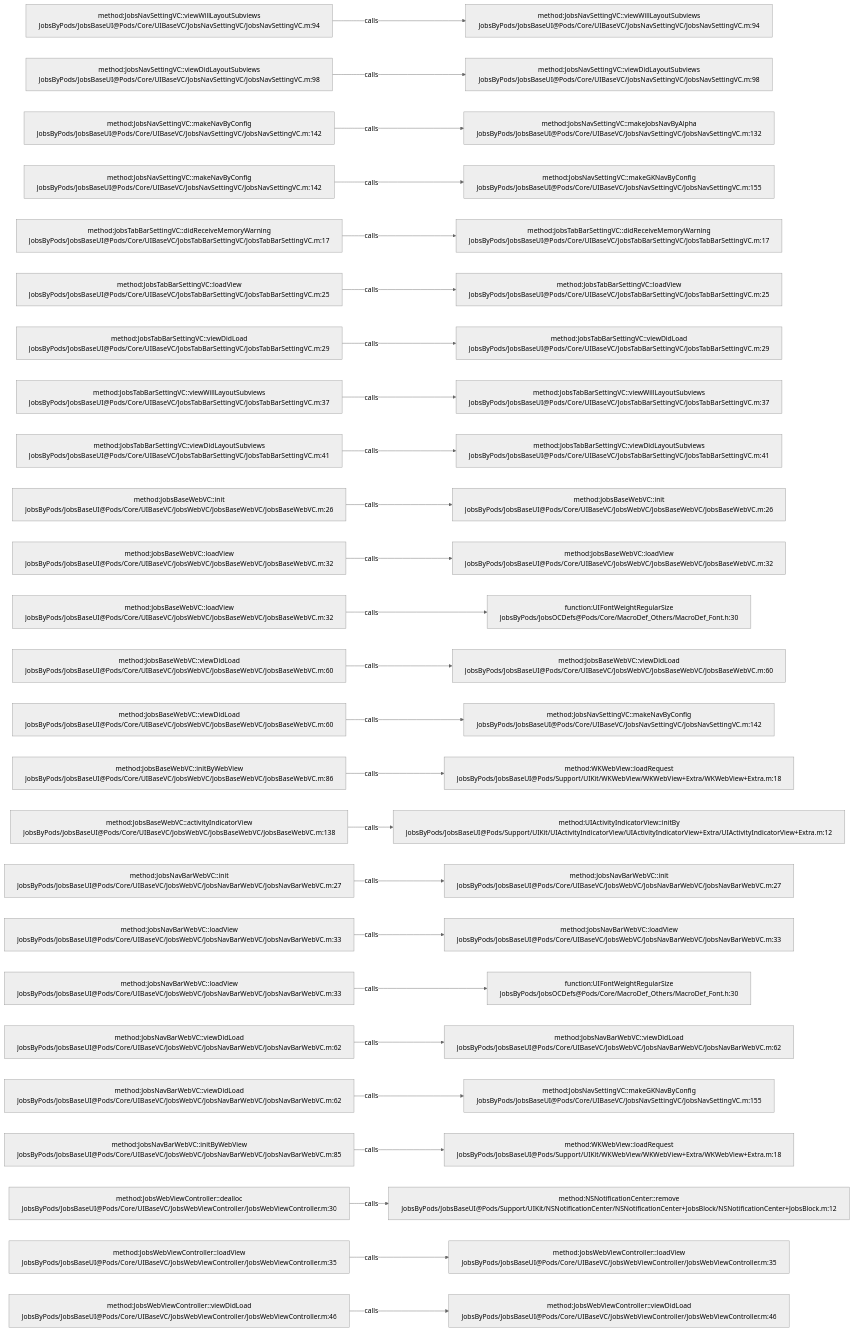
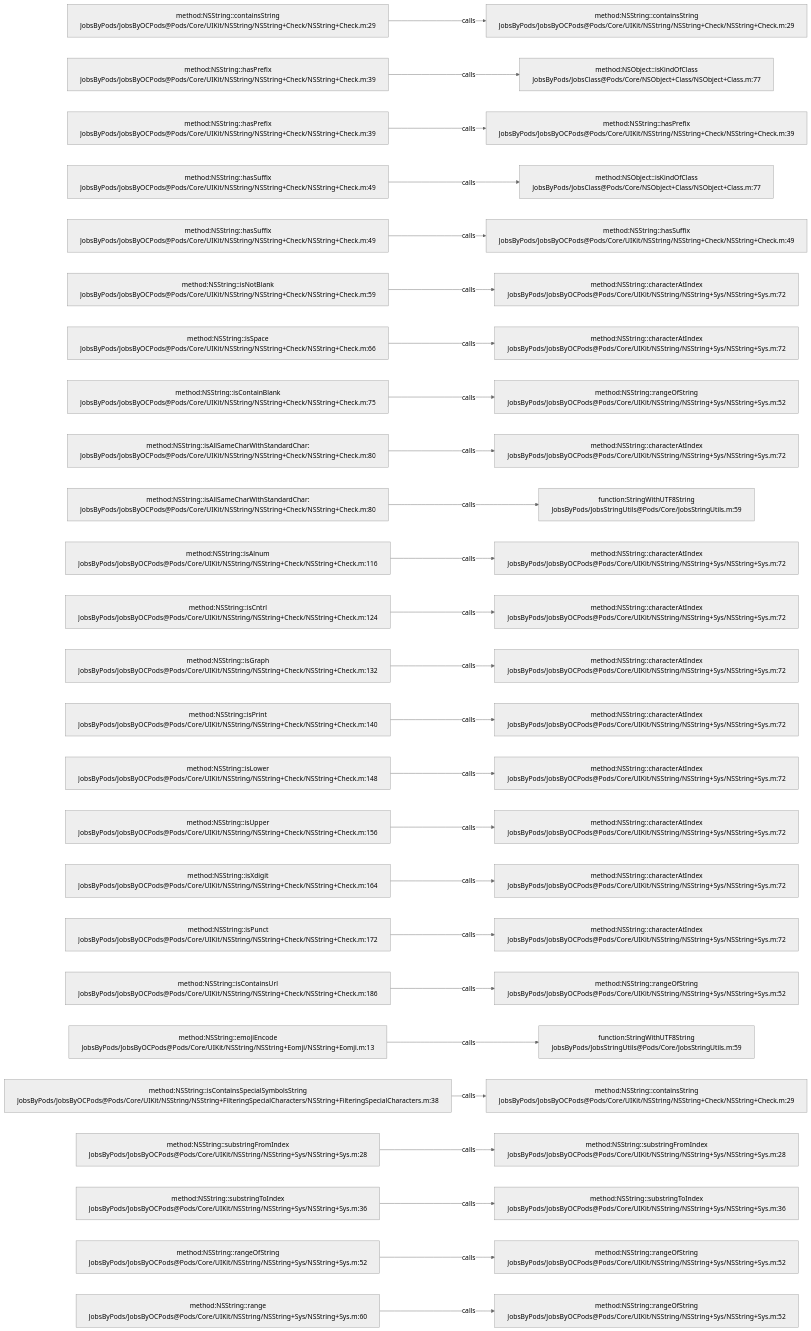
One commit to JobsKits/JobsOCBaseConfigDemo changed the diagram in .codegraph/codegraph.md/graphs/calls-033.md. Above: the diagram before and after it, drawn with Mermaid (neutral theme). The commit also changed 573 other files, not shown here.

````diff
--- a/.codegraph/codegraph.md/graphs/calls-033.md
+++ b/.codegraph/codegraph.md/graphs/calls-033.md
@@ -13,78 +13,78 @@
 ```mermaid
 flowchart LR
-  S1["method:JobsNavSettingVC::viewWillLayoutSubviews<br/>JobsByPods/JobsBaseUI@Pods/Core/UIBaseVC/JobsNavSettingVC/JobsNavSettingVC.m:94"]
-  T1["method:JobsNavSettingVC::viewWillLayoutSubviews<br/>JobsByPods/JobsBaseUI@Pods/Core/UIBaseVC/JobsNavSettingVC/JobsNavSettingVC.m:94"]
+  S1["method:NSString::containsString<br/>JobsByPods/JobsByOCPods@Pods/Core/UIKit/NSString/NSString+Check/NSString+Check.m:29"]
+  T1["method:NSString::containsString<br/>JobsByPods/JobsByOCPods@Pods/Core/UIKit/NSString/NSString+Check/NSString+Check.m:29"]
   S1 -->|calls| T1
-  S2["method:JobsNavSettingVC::viewDidLayoutSubviews<br/>JobsByPods/JobsBaseUI@Pods/Core/UIBaseVC/JobsNavSettingVC/JobsNavSettingVC.m:98"]
-  T2["method:JobsNavSettingVC::viewDidLayoutSubviews<br/>JobsByPods/JobsBaseUI@Pods/Core/UIBaseVC/JobsNavSettingVC/JobsNavSettingVC.m:98"]
+  S2["method:NSString::hasPrefix<br/>JobsByPods/JobsByOCPods@Pods/Core/UIKit/NSString/NSString+Check/NSString+Check.m:39"]
+  T2["method:NSObject::isKindOfClass<br/>JobsByPods/JobsClass@Pods/Core/NSObject+Class/NSObject+Class.m:77"]
   S2 -->|calls| T2
-  S3["method:JobsNavSettingVC::makeNavByConfig<br/>JobsByPods/JobsBaseUI@Pods/Core/UIBaseVC/JobsNavSettingVC/JobsNavSettingVC.m:142"]
-  T3["method:JobsNavSettingVC::makeJobsNavByAlpha<br/>JobsByPods/JobsBaseUI@Pods/Core/UIBaseVC/JobsNavSettingVC/JobsNavSettingVC.m:132"]
+  S3["method:NSString::hasPrefix<br/>JobsByPods/JobsByOCPods@Pods/Core/UIKit/NSString/NSString+Check/NSString+Check.m:39"]
+  T3["method:NSString::hasPrefix<br/>JobsByPods/JobsByOCPods@Pods/Core/UIKit/NSString/NSString+Check/NSString+Check.m:39"]
   S3 -->|calls| T3
-  S4["method:JobsNavSettingVC::makeNavByConfig<br/>JobsByPods/JobsBaseUI@Pods/Core/UIBaseVC/JobsNavSettingVC/JobsNavSettingVC.m:142"]
-  T4["method:JobsNavSettingVC::makeGKNavByConfig<br/>JobsByPods/JobsBaseUI@Pods/Core/UIBaseVC/JobsNavSettingVC/JobsNavSettingVC.m:155"]
+  S4["method:NSString::hasSuffix<br/>JobsByPods/JobsByOCPods@Pods/Core/UIKit/NSString/NSString+Check/NSString+Check.m:49"]
+  T4["method:NSObject::isKindOfClass<br/>JobsByPods/JobsClass@Pods/Core/NSObject+Class/NSObject+Class.m:77"]
   S4 -->|calls| T4
-  S5["method:JobsTabBarSettingVC::didReceiveMemoryWarning<br/>JobsByPods/JobsBaseUI@Pods/Core/UIBaseVC/JobsTabBarSettingVC/JobsTabBarSettingVC.m:17"]
-  T5["method:JobsTabBarSettingVC::didReceiveMemoryWarning<br/>JobsByPods/JobsBaseUI@Pods/Core/UIBaseVC/JobsTabBarSettingVC/JobsTabBarSettingVC.m:17"]
+  S5["method:NSString::hasSuffix<br/>JobsByPods/JobsByOCPods@Pods/Core/UIKit/NSString/NSString+Check/NSString+Check.m:49"]
+  T5["method:NSString::hasSuffix<br/>JobsByPods/JobsByOCPods@Pods/Core/UIKit/NSString/NSString+Check/NSString+Check.m:49"]
   S5 -->|calls| T5
-  S6["method:JobsTabBarSettingVC::loadView<br/>JobsByPods/JobsBaseUI@Pods/Core/UIBaseVC/JobsTabBarSettingVC/JobsTabBarSettingVC.m:25"]
-  T6["method:JobsTabBarSettingVC::loadView<br/>JobsByPods/JobsBaseUI@Pods/Core/UIBaseVC/JobsTabBarSettingVC/JobsTabBarSettingVC.m:25"]
+  S6["method:NSString::isNotBlank<br/>JobsByPods/JobsByOCPods@Pods/Core/UIKit/NSString/NSString+Check/NSString+Check.m:59"]
+  T6["method:NSString::characterAtIndex<br/>JobsByPods/JobsByOCPods@Pods/Core/UIKit/NSString/NSString+Sys/NSString+Sys.m:72"]
   S6 -->|calls| T6
-  S7["method:JobsTabBarSettingVC::viewDidLoad<br/>JobsByPods/JobsBaseUI@Pods/Core/UIBaseVC/JobsTabBarSettingVC/JobsTabBarSettingVC.m:29"]
-  T7["method:JobsTabBarSettingVC::viewDidLoad<br/>JobsByPods/JobsBaseUI@Pods/Core/UIBaseVC/JobsTabBarSettingVC/JobsTabBarSettingVC.m:29"]
+  S7["method:NSString::isSpace<br/>JobsByPods/JobsByOCPods@Pods/Core/UIKit/NSString/NSString+Check/NSString+Check.m:66"]
+  T7["method:NSString::characterAtIndex<br/>JobsByPods/JobsByOCPods@Pods/Core/UIKit/NSString/NSString+Sys/NSString+Sys.m:72"]
   S7 -->|calls| T7
-  S8["method:JobsTabBarSettingVC::viewWillLayoutSubviews<br/>JobsByPods/JobsBaseUI@Pods/Core/UIBaseVC/JobsTabBarSettingVC/JobsTabBarSettingVC.m:37"]
-  T8["method:JobsTabBarSettingVC::viewWillLayoutSubviews<br/>JobsByPods/JobsBaseUI@Pods/Core/UIBaseVC/JobsTabBarSettingVC/JobsTabBarSettingVC.m:37"]
+  S8["method:NSString::isContainBlank<br/>JobsByPods/JobsByOCPods@Pods/Core/UIKit/NSString/NSString+Check/NSString+Check.m:75"]
+  T8["method:NSString::rangeOfString<br/>JobsByPods/JobsByOCPods@Pods/Core/UIKit/NSString/NSString+Sys/NSString+Sys.m:52"]
   S8 -->|calls| T8
-  S9["method:JobsTabBarSettingVC::viewDidLayoutSubviews<br/>JobsByPods/JobsBaseUI@Pods/Core/UIBaseVC/JobsTabBarSettingVC/JobsTabBarSettingVC.m:41"]
-  T9["method:JobsTabBarSettingVC::viewDidLayoutSubviews<br/>JobsByPods/JobsBaseUI@Pods/Core/UIBaseVC/JobsTabBarSettingVC/JobsTabBarSettingVC.m:41"]
+  S9["method:NSString::isAllSameCharWithStandardChar:<br/>JobsByPods/JobsByOCPods@Pods/Core/UIKit/NSString/NSString+Check/NSString+Check.m:80"]
+  T9["method:NSString::characterAtIndex<br/>JobsByPods/JobsByOCPods@Pods/Core/UIKit/NSString/NSString+Sys/NSString+Sys.m:72"]
   S9 -->|calls| T9
-  S10["method:JobsBaseWebVC::init<br/>JobsByPods/JobsBaseUI@Pods/Core/UIBaseVC/JobsWebVC/JobsBaseWebVC/JobsBaseWebVC.m:26"]
-  T10["method:JobsBaseWebVC::init<br/>JobsByPods/JobsBaseUI@Pods/Core/UIBaseVC/JobsWebVC/JobsBaseWebVC/JobsBaseWebVC.m:26"]
+  S10["method:NSString::isAllSameCharWithStandardChar:<br/>JobsByPods/JobsByOCPods@Pods/Core/UIKit/NSString/NSString+Check/NSString+Check.m:80"]
+  T10["function:StringWithUTF8String<br/>JobsByPods/JobsStringUtils@Pods/Core/JobsStringUtils.m:59"]
   S10 -->|calls| T10
-  S11["method:JobsBaseWebVC::loadView<br/>JobsByPods/JobsBaseUI@Pods/Core/UIBaseVC/JobsWebVC/JobsBaseWebVC/JobsBaseWebVC.m:32"]
-  T11["method:JobsBaseWebVC::loadView<br/>JobsByPods/JobsBaseUI@Pods/Core/UIBaseVC/JobsWebVC/JobsBaseWebVC/JobsBaseWebVC.m:32"]
+  S11["method:NSString::isAlnum<br/>JobsByPods/JobsByOCPods@Pods/Core/UIKit/NSString/NSString+Check/NSString+Check.m:116"]
+  T11["method:NSString::characterAtIndex<br/>JobsByPods/JobsByOCPods@Pods/Core/UIKit/NSString/NSString+Sys/NSString+Sys.m:72"]
   S11 -->|calls| T11
-  S12["method:JobsBaseWebVC::loadView<br/>JobsByPods/JobsBaseUI@Pods/Core/UIBaseVC/JobsWebVC/JobsBaseWebVC/JobsBaseWebVC.m:32"]
-  T12["function:UIFontWeightRegularSize<br/>JobsByPods/JobsOCDefs@Pods/Core/MacroDef_Others/MacroDef_Font.h:30"]
+  S12["method:NSString::isCntrl<br/>JobsByPods/JobsByOCPods@Pods/Core/UIKit/NSString/NSString+Check/NSString+Check.m:124"]
+  T12["method:NSString::characterAtIndex<br/>JobsByPods/JobsByOCPods@Pods/Core/UIKit/NSString/NSString+Sys/NSString+Sys.m:72"]
   S12 -->|calls| T12
-  S13["method:JobsBaseWebVC::viewDidLoad<br/>JobsByPods/JobsBaseUI@Pods/Core/UIBaseVC/JobsWebVC/JobsBaseWebVC/JobsBaseWebVC.m:60"]
-  T13["method:JobsBaseWebVC::viewDidLoad<br/>JobsByPods/JobsBaseUI@Pods/Core/UIBaseVC/JobsWebVC/JobsBaseWebVC/JobsBaseWebVC.m:60"]
+  S13["method:NSString::isGraph<br/>JobsByPods/JobsByOCPods@Pods/Core/UIKit/NSString/NSString+Check/NSString+Check.m:132"]
+  T13["method:NSString::characterAtIndex<br/>JobsByPods/JobsByOCPods@Pods/Core/UIKit/NSString/NSString+Sys/NSString+Sys.m:72"]
   S13 -->|calls| T13
-  S14["method:JobsBaseWebVC::viewDidLoad<br/>JobsByPods/JobsBaseUI@Pods/Core/UIBaseVC/JobsWebVC/JobsBaseWebVC/JobsBaseWebVC.m:60"]
-  T14["method:JobsNavSettingVC::makeNavByConfig<br/>JobsByPods/JobsBaseUI@Pods/Core/UIBaseVC/JobsNavSettingVC/JobsNavSettingVC.m:142"]
+  S14["method:NSString::isPrint<br/>JobsByPods/JobsByOCPods@Pods/Core/UIKit/NSString/NSString+Check/NSString+Check.m:140"]
+  T14["method:NSString::characterAtIndex<br/>JobsByPods/JobsByOCPods@Pods/Core/UIKit/NSString/NSString+Sys/NSString+Sys.m:72"]
   S14 -->|calls| T14
-  S15["method:JobsBaseWebVC::initByWebView<br/>JobsByPods/JobsBaseUI@Pods/Core/UIBaseVC/JobsWebVC/JobsBaseWebVC/JobsBaseWebVC.m:86"]
-  T15["method:WKWebView::loadRequest<br/>JobsByPods/JobsBaseUI@Pods/Support/UIKit/WKWebView/WKWebView+Extra/WKWebView+Extra.m:18"]
+  S15["method:NSString::isLower<br/>JobsByPods/JobsByOCPods@Pods/Core/UIKit/NSString/NSString+Check/NSString+Check.m:148"]
+  T15["method:NSString::characterAtIndex<br/>JobsByPods/JobsByOCPods@Pods/Core/UIKit/NSString/NSString+Sys/NSString+Sys.m:72"]
   S15 -->|calls| T15
-  S16["method:JobsBaseWebVC::activityIndicatorView<br/>JobsByPods/JobsBaseUI@Pods/Core/UIBaseVC/JobsWebVC/JobsBaseWebVC/JobsBaseWebVC.m:138"]
-  T16["method:UIActivityIndicatorView::initBy<br/>JobsByPods/JobsBaseUI@Pods/Support/UIKit/UIActivityIndicatorView/UIActivityIndicatorView+Extra/UIActivityIndicatorView+Extra.m:12"]
+  S16["method:NSString::isUpper<br/>JobsByPods/JobsByOCPods@Pods/Core/UIKit/NSString/NSString+Check/NSString+Check.m:156"]
+  T16["method:NSString::characterAtIndex<br/>JobsByPods/JobsByOCPods@Pods/Core/UIKit/NSString/NSString+Sys/NSString+Sys.m:72"]
   S16 -->|calls| T16
-  S17["method:JobsNavBarWebVC::init<br/>JobsByPods/JobsBaseUI@Pods/Core/UIBaseVC/JobsWebVC/JobsNavBarWebVC/JobsNavBarWebVC.m:27"]
-  T17["method:JobsNavBarWebVC::init<br/>JobsByPods/JobsBaseUI@Pods/Core/UIBaseVC/JobsWebVC/JobsNavBarWebVC/JobsNavBarWebVC.m:27"]
+  S17["method:NSString::isXdigit<br/>JobsByPods/JobsByOCPods@Pods/Core/UIKit/NSString/NSString+Check/NSString+Check.m:164"]
+  T17["method:NSString::characterAtIndex<br/>JobsByPods/JobsByOCPods@Pods/Core/UIKit/NSString/NSString+Sys/NSString+Sys.m:72"]
   S17 -->|calls| T17
-  S18["method:JobsNavBarWebVC::loadView<br/>JobsByPods/JobsBaseUI@Pods/Core/UIBaseVC/JobsWebVC/JobsNavBarWebVC/JobsNavBarWebVC.m:33"]
-  T18["method:JobsNavBarWebVC::loadView<br/>JobsByPods/JobsBaseUI@Pods/Core/UIBaseVC/JobsWebVC/JobsNavBarWebVC/JobsNavBarWebVC.m:33"]
+  S18["method:NSString::isPunct<br/>JobsByPods/JobsByOCPods@Pods/Core/UIKit/NSString/NSString+Check/NSString+Check.m:172"]
+  T18["method:NSString::characterAtIndex<br/>JobsByPods/JobsByOCPods@Pods/Core/UIKit/NSString/NSString+Sys/NSString+Sys.m:72"]
   S18 -->|calls| T18
-  S19["method:JobsNavBarWebVC::loadView<br/>JobsByPods/JobsBaseUI@Pods/Core/UIBaseVC/JobsWebVC/JobsNavBarWebVC/JobsNavBarWebVC.m:33"]
-  T19["function:UIFontWeightRegularSize<br/>JobsByPods/JobsOCDefs@Pods/Core/MacroDef_Others/MacroDef_Font.h:30"]
+  S19["method:NSString::isContainsUrl<br/>JobsByPods/JobsByOCPods@Pods/Core/UIKit/NSString/NSString+Check/NSString+Check.m:186"]
+  T19["method:NSString::rangeOfString<br/>JobsByPods/JobsByOCPods@Pods/Core/UIKit/NSString/NSString+Sys/NSString+Sys.m:52"]
   S19 -->|calls| T19
-  S20["method:JobsNavBarWebVC::viewDidLoad<br/>JobsByPods/JobsBaseUI@Pods/Core/UIBaseVC/JobsWebVC/JobsNavBarWebVC/JobsNavBarWebVC.m:62"]
-  T20["method:JobsNavBarWebVC::viewDidLoad<br/>JobsByPods/JobsBaseUI@Pods/Core/UIBaseVC/JobsWebVC/JobsNavBarWebVC/JobsNavBarWebVC.m:62"]
+  S20["method:NSString::emojiEncode<br/>JobsByPods/JobsByOCPods@Pods/Core/UIKit/NSString/NSString+Eomji/NSString+Eomji.m:13"]
+  T20["function:StringWithUTF8String<br/>JobsByPods/JobsStringUtils@Pods/Core/JobsStringUtils.m:59"]
   S20 -->|calls| T20
-  S21["method:JobsNavBarWebVC::viewDidLoad<br/>JobsByPods/JobsBaseUI@Pods/Core/UIBaseVC/JobsWebVC/JobsNavBarWebVC/JobsNavBarWebVC.m:62"]
-  T21["method:JobsNavSettingVC::makeGKNavByConfig<br/>JobsByPods/JobsBaseUI@Pods/Core/UIBaseVC/JobsNavSettingVC/JobsNavSettingVC.m:155"]
+  S21["method:NSString::isContainsSpecialSymbolsString<br/>JobsByPods/JobsByOCPods@Pods/Core/UIKit/NSString/NSString+FilteringSpecialCharacters/NSString+FilteringSpecialCharacters.m:38"]
+  T21["method:NSString::containsString<br/>JobsByPods/JobsByOCPods@Pods/Core/UIKit/NSString/NSString+Check/NSString+Check.m:29"]
   S21 -->|calls| T21
-  S22["method:JobsNavBarWebVC::initByWebView<br/>JobsByPods/JobsBaseUI@Pods/Core/UIBaseVC/JobsWebVC/JobsNavBarWebVC/JobsNavBarWebVC.m:85"]
-  T22["method:WKWebView::loadRequest<br/>JobsByPods/JobsBaseUI@Pods/Support/UIKit/WKWebView/WKWebView+Extra/WKWebView+Extra.m:18"]
+  S22["method:NSString::substringFromIndex<br/>JobsByPods/JobsByOCPods@Pods/Core/UIKit/NSString/NSString+Sys/NSString+Sys.m:28"]
+  T22["method:NSString::substringFromIndex<br/>JobsByPods/JobsByOCPods@Pods/Core/UIKit/NSString/NSString+Sys/NSString+Sys.m:28"]
   S22 -->|calls| T22
-  S23["method:JobsWebViewController::dealloc<br/>JobsByPods/JobsBaseUI@Pods/Core/UIBaseVC/JobsWebViewController/JobsWebViewController.m:30"]
-  T23["method:NSNotificationCenter::remove<br/>JobsByPods/JobsBaseUI@Pods/Support/UIKit/NSNotificationCenter/NSNotificationCenter+JobsBlock/NSNotificationCenter+JobsBlock.m:12"]
+  S23["method:NSString::substringToIndex<br/>JobsByPods/JobsByOCPods@Pods/Core/UIKit/NSString/NSString+Sys/NSString+Sys.m:36"]
+  T23["method:NSString::substringToIndex<br/>JobsByPods/JobsByOCPods@Pods/Core/UIKit/NSString/NSString+Sys/NSString+Sys.m:36"]
   S23 -->|calls| T23
-  S24["method:JobsWebViewController::loadView<br/>JobsByPods/JobsBaseUI@Pods/Core/UIBaseVC/JobsWebViewController/JobsWebViewController.m:35"]
-  T24["method:JobsWebViewController::loadView<br/>JobsByPods/JobsBaseUI@Pods/Core/UIBaseVC/JobsWebViewController/JobsWebViewController.m:35"]
+  S24["method:NSString::rangeOfString<br/>JobsByPods/JobsByOCPods@Pods/Core/UIKit/NSString/NSString+Sys/NSString+Sys.m:52"]
+  T24["method:NSString::rangeOfString<br/>JobsByPods/JobsByOCPods@Pods/Core/UIKit/NSString/NSString+Sys/NSString+Sys.m:52"]
   S24 -->|calls| T24
-  S25["method:JobsWebViewController::viewDidLoad<br/>JobsByPods/JobsBaseUI@Pods/Core/UIBaseVC/JobsWebViewController/JobsWebViewController.m:46"]
-  T25["method:JobsWebViewController::viewDidLoad<br/>JobsByPods/JobsBaseUI@Pods/Core/UIBaseVC/JobsWebViewController/JobsWebViewController.m:46"]
+  S25["method:NSString::range<br/>JobsByPods/JobsByOCPods@Pods/Core/UIKit/NSString/NSString+Sys/NSString+Sys.m:60"]
+  T25["method:NSString::rangeOfString<br/>JobsByPods/JobsByOCPods@Pods/Core/UIKit/NSString/NSString+Sys/NSString+Sys.m:52"]
   S25 -->|calls| T25
 ```
````
